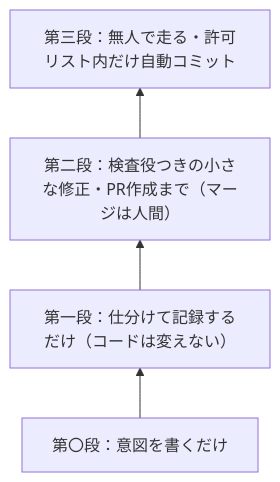
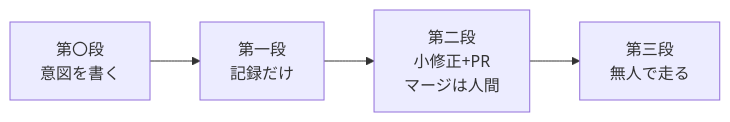
Before and after one commit to Daisuke134/anicca: the seventh of 7 diagrams in docs/articles/2026-06-27-loop-engineering-jp.md, drawn with Mermaid. The commit also changed other lines of this file, not shown here.

Commit message:
fix diagrams: tall vertical → horizontal LR + shorter labels (anatomy/goal/nesting/ladder/task-check were too tall)

````diff
--- a/docs/articles/2026-06-27-loop-engineering-jp.md
+++ b/docs/articles/2026-06-27-loop-engineering-jp.md
@@ -183,6 +177,4 @@
 ```mermaid
-flowchart BT
-  L0["第〇段：意図を書くだけ"] --> L1["第一段：仕分けて記録するだけ（コードは変えない）"]
-  L1 --> L2["第二段：検査役つきの小さな修正・PR作成まで（マージは人間）"]
-  L2 --> L3["第三段：無人で走る・許可リスト内だけ自動コミット"]
+flowchart LR
+  L0["第〇段<br/>意図を書く"] --> L1["第一段<br/>記録だけ"] --> L2["第二段<br/>小修正+PR<br/>マージは人間"] --> L3["第三段<br/>無人で走る"]
 ```
````
